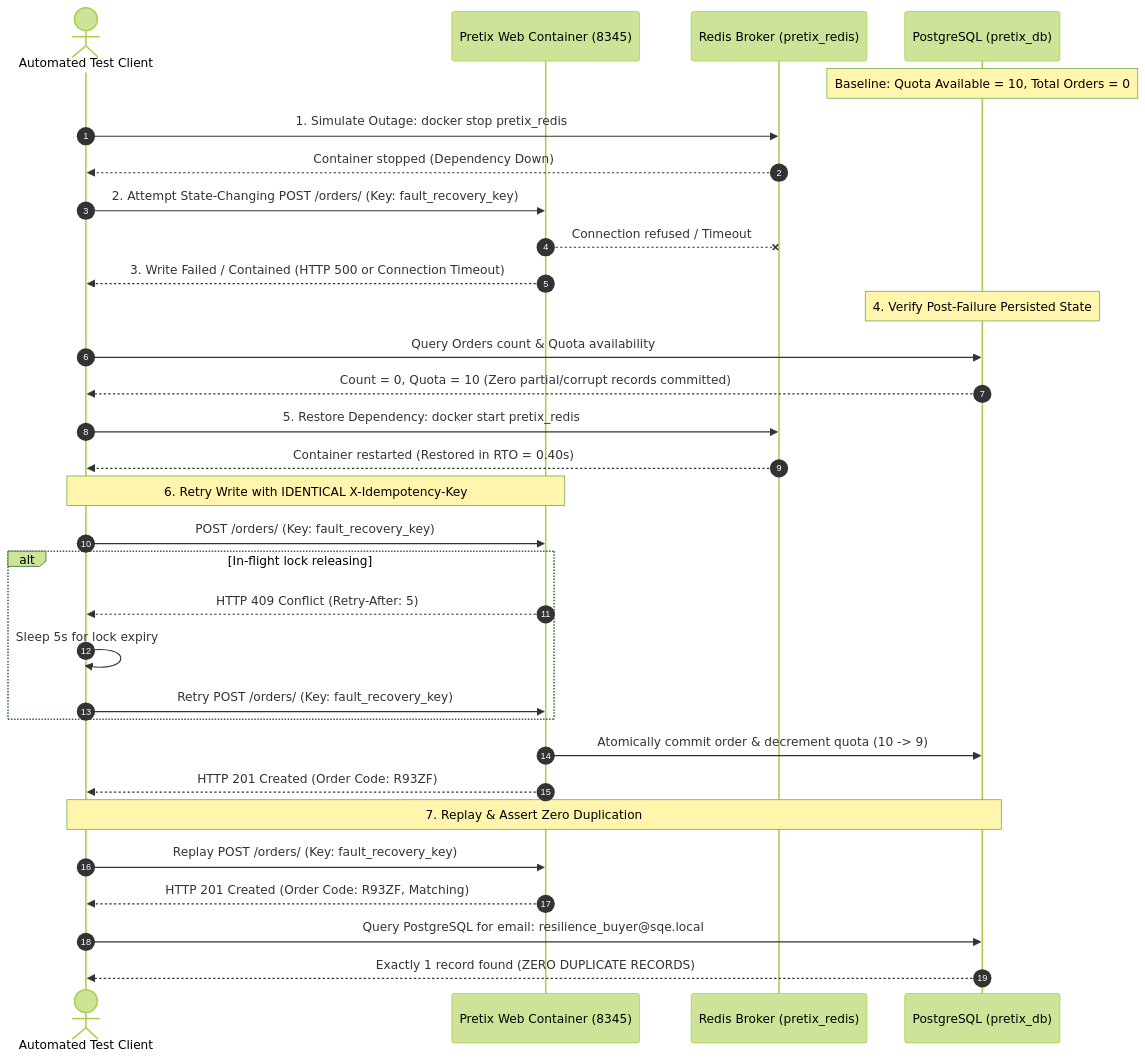
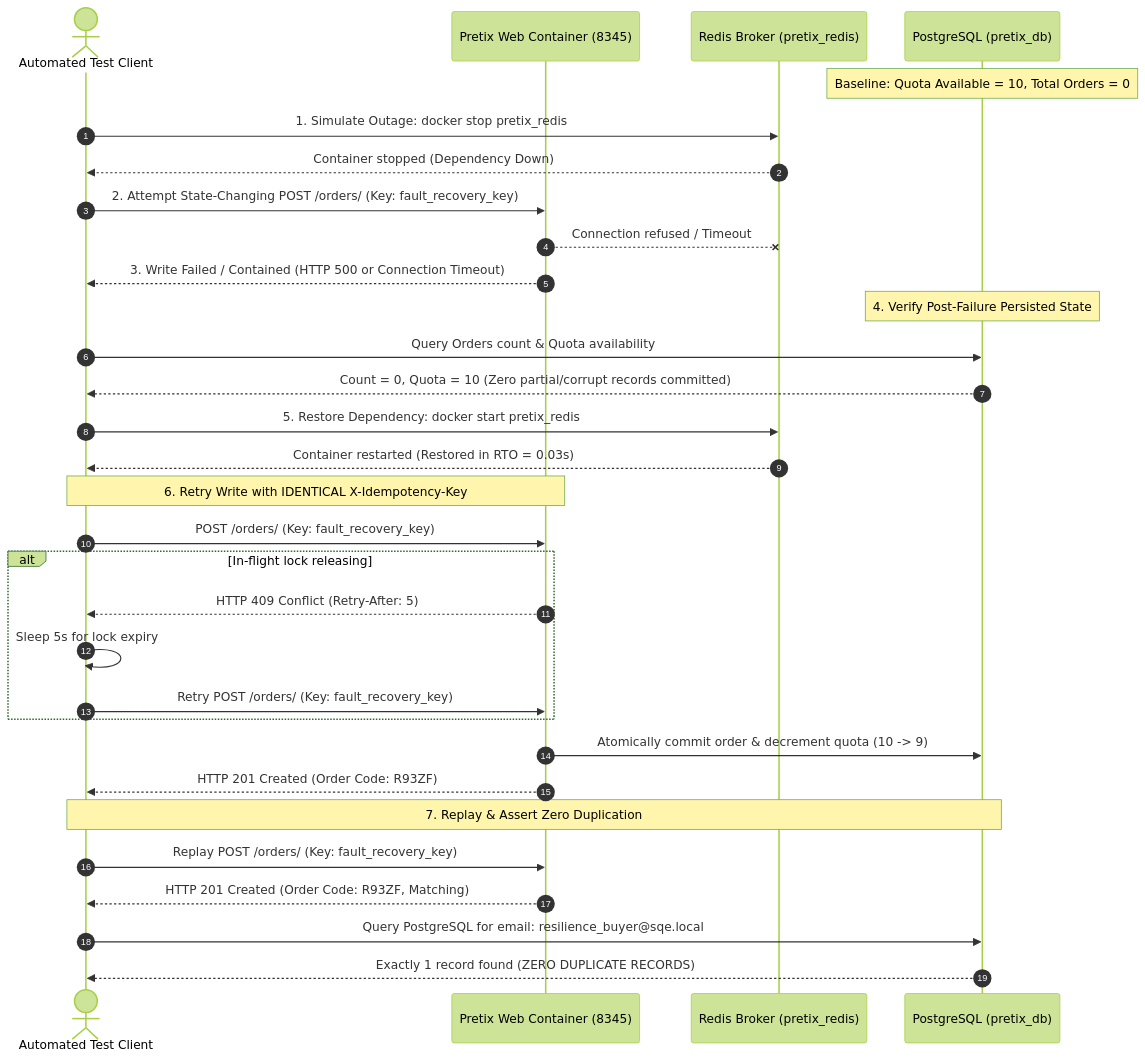
Before and after one commit to sohaibAkhlaq/sqe_pretix_project: diagram 11 of 15 in docs/MASTER_REPORT.md, drawn with Mermaid (forest theme). The commit also changed other lines of this file and 23 other files, not shown here.

````diff
--- a/docs/MASTER_REPORT.md
+++ b/docs/MASTER_REPORT.md
@@ -3180,77 +3180,77 @@
 ```mermaid
 
 sequenceDiagram
 
     autonumber
 
     actor Client as Automated Test Client
 
     participant Web as Pretix Web Container (8345)
 
     participant Redis as Redis Broker (pretix_redis)
 
     participant DB as PostgreSQL (pretix_db)
 
 
 
     Note over DB: Baseline: Quota Available = 10, Total Orders = 0
 
     Client->>Redis: 1. Simulate Outage: docker stop pretix_redis
 
     Redis-->>Client: Container stopped (Dependency Down)
 
     
 
     Client->>Web: 2. Attempt State-Changing POST /orders/ (Key: fault_recovery_key)
 
     Web--xRedis: Connection refused / Timeout
 
     Web-->>Client: 3. Write Failed / Contained (HTTP 500 or Connection Timeout)
 
     
 
     Note over DB: 4. Verify Post-Failure Persisted State
 
     Client->>DB: Query Orders count & Quota availability
 
     DB-->>Client: Count = 0, Quota = 10 (Zero partial/corrupt records committed)
 
     
 
     Client->>Redis: 5. Restore Dependency: docker start pretix_redis
 
-    Redis-->>Client: Container restarted (Restored in RTO = 0.40s)
+    Redis-->>Client: Container restarted (Restored in RTO = 0.03s)
 
     
 
     Note over Client,Web: 6. Retry Write with IDENTICAL X-Idempotency-Key
 
     Client->>Web: POST /orders/ (Key: fault_recovery_key)
 
     alt In-flight lock releasing
 
         Web-->>Client: HTTP 409 Conflict (Retry-After: 5)
 
         Client->>Client: Sleep 5s for lock expiry
 
         Client->>Web: Retry POST /orders/ (Key: fault_recovery_key)
 
     end
 
     Web->>DB: Atomically commit order & decrement quota (10 -> 9)
 
     Web-->>Client: HTTP 201 Created (Order Code: R93ZF)
 
     
 
     Note over Client,DB: 7. Replay & Assert Zero Duplication
 
     Client->>Web: Replay POST /orders/ (Key: fault_recovery_key)
 
     Web-->>Client: HTTP 201 Created (Order Code: R93ZF, Matching)
 
     Client->>DB: Query PostgreSQL for email: resilience_buyer@sqe.local
 
     DB-->>Client: Exactly 1 record found (ZERO DUPLICATE RECORDS)
 
 ```
````
